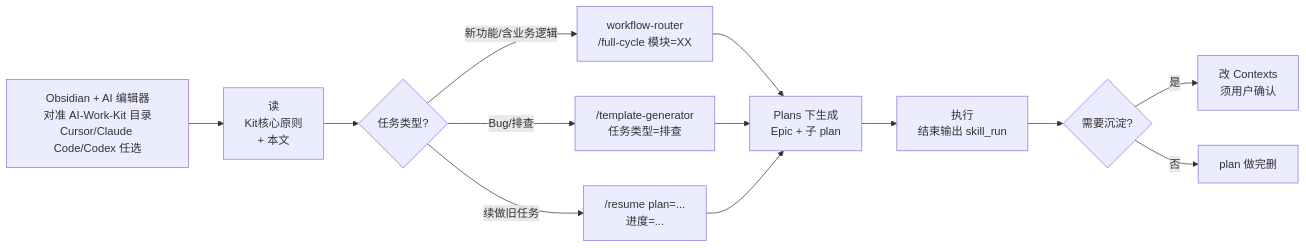
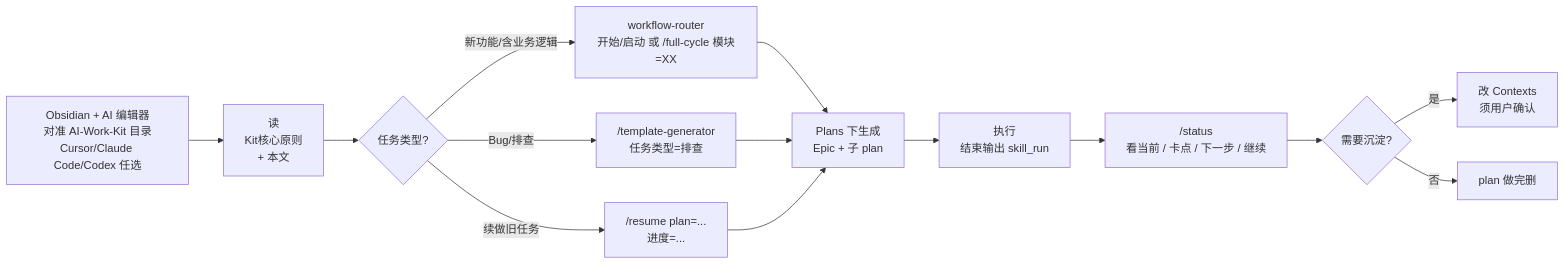
Before and after one commit to Wlx682/AI-Work-Kit: the first of 6 diagrams in Contexts/决策/新手引导与最佳实践.md, drawn with Mermaid. The commit also changed other lines of this file and 25 other files, not shown here.

````diff
--- a/Contexts/决策/新手引导与最佳实践.md
+++ b/Contexts/决策/新手引导与最佳实践.md
@@ -85,15 +86,16 @@
 ```mermaid
 flowchart LR
     A[Obsidian + AI 编辑器<br/>对准 AI-Work-Kit 目录<br/>Cursor/Claude Code/Codex 任选] --> B[读<br/>Kit核心原则<br/>+ 本文]
     B --> C{任务类型?}
-    C -->|新功能/含业务逻辑| D["workflow-router<br/>/full-cycle 模块=XX"]
+    C -->|新功能/含业务逻辑| D["workflow-router<br/>开始/启动 或 /full-cycle 模块=XX"]
     C -->|Bug/排查| E["/template-generator<br/>任务类型=排查"]
     C -->|续做旧任务| F["/resume plan=...<br/>进度=..."]
     D --> G[Plans 下生成<br/>Epic + 子 plan]
     E --> G
     F --> G
     G --> H[执行<br/>结束输出 skill_run]
-    H --> I{需要沉淀?}
+    H --> S["/status<br/>看当前 / 卡点 / 下一步 / 继续"]
+    S --> I{需要沉淀?}
     I -->|是| J[改 Contexts<br/>须用户确认]
     I -->|否| K[plan 做完删]
 ```
````
